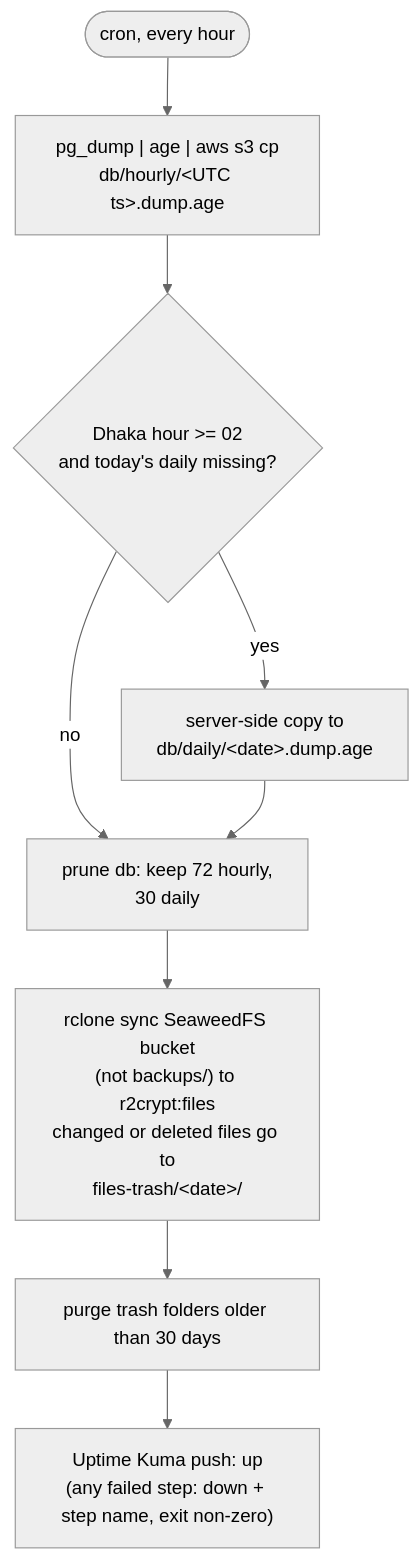
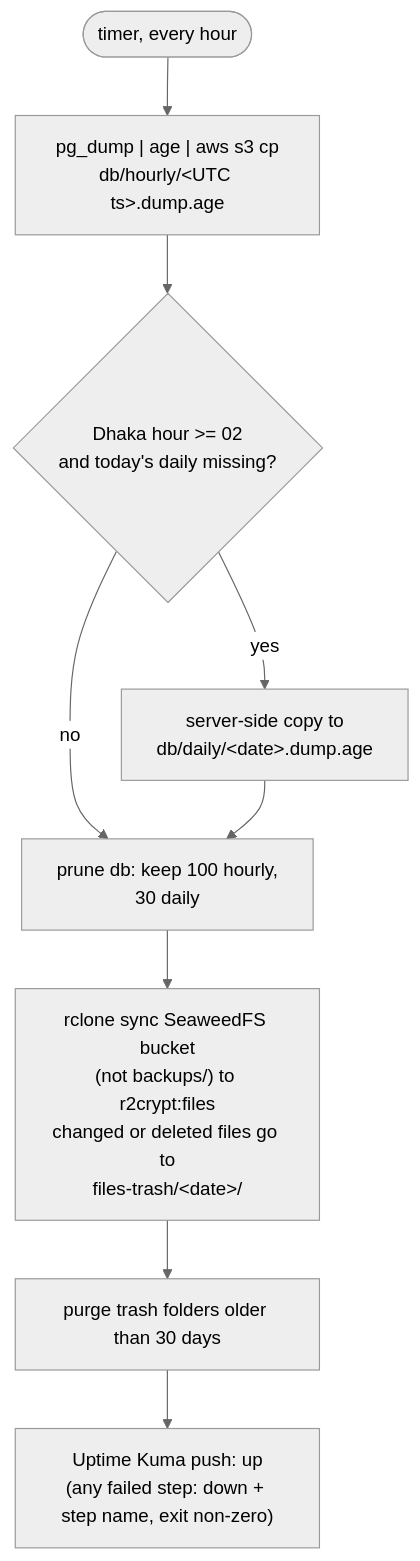
The second of 6 diagrams in docs/architecture/13-backup-restore.md (tareq89/biddaloy), drawn with Mermaid (neutral theme) before and after one commit. The commit also changed other lines of this file and 9 other files, not shown here.

````diff
--- a/docs/architecture/13-backup-restore.md
+++ b/docs/architecture/13-backup-restore.md
@@ -38,11 +44,11 @@
 ```mermaid
 flowchart TD
-    start([cron, every hour]) --> dump["pg_dump | age | aws s3 cp<br/>db/hourly/&lt;UTC ts&gt;.dump.age"]
+    start([timer, every hour]) --> dump["pg_dump | age | aws s3 cp<br/>db/hourly/&lt;UTC ts&gt;.dump.age"]
     dump --> h{"Dhaka hour >= 02<br/>and today's daily missing?"}
     h -->|yes| daily["server-side copy to<br/>db/daily/&lt;date&gt;.dump.age"]
     h -->|no| prune
-    daily --> prune["prune db: keep 72 hourly,<br/>30 daily"]
+    daily --> prune["prune db: keep 100 hourly,<br/>30 daily"]
     prune --> files["rclone sync SeaweedFS bucket<br/>(not backups/) to r2crypt:files<br/>changed or deleted files go to<br/>files-trash/&lt;date&gt;/"]
     files --> trash["purge trash folders older than 30 days"]
     trash --> push["Uptime Kuma push: up<br/>(any failed step: down + step name, exit non-zero)"]
 ```
````
